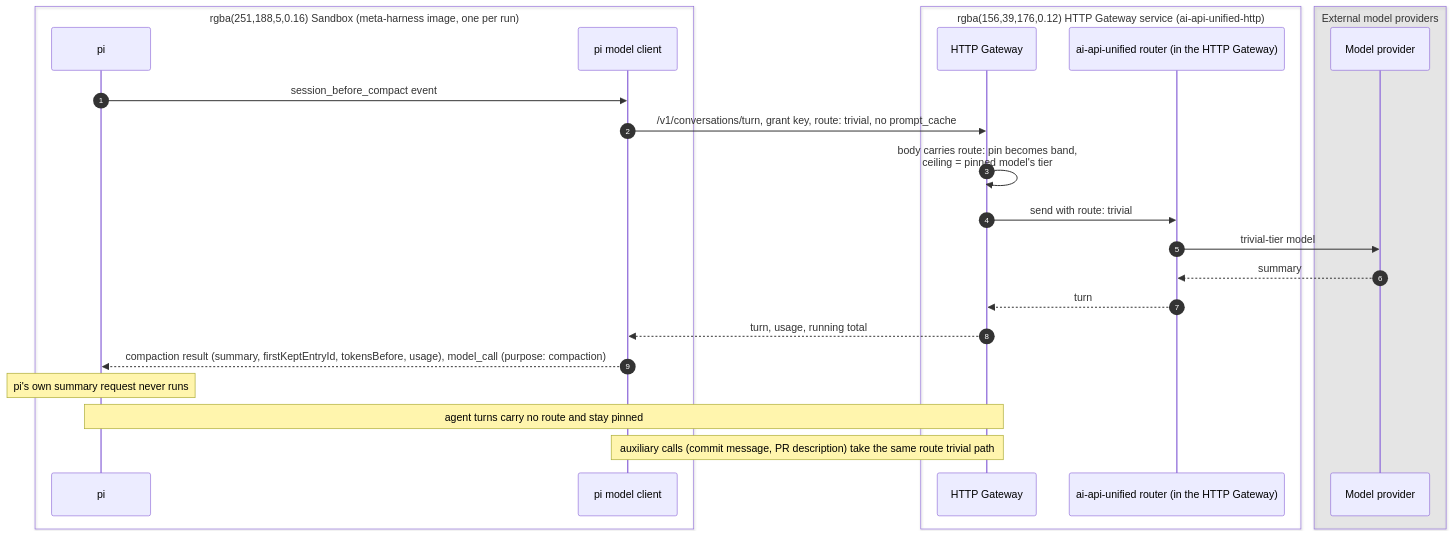
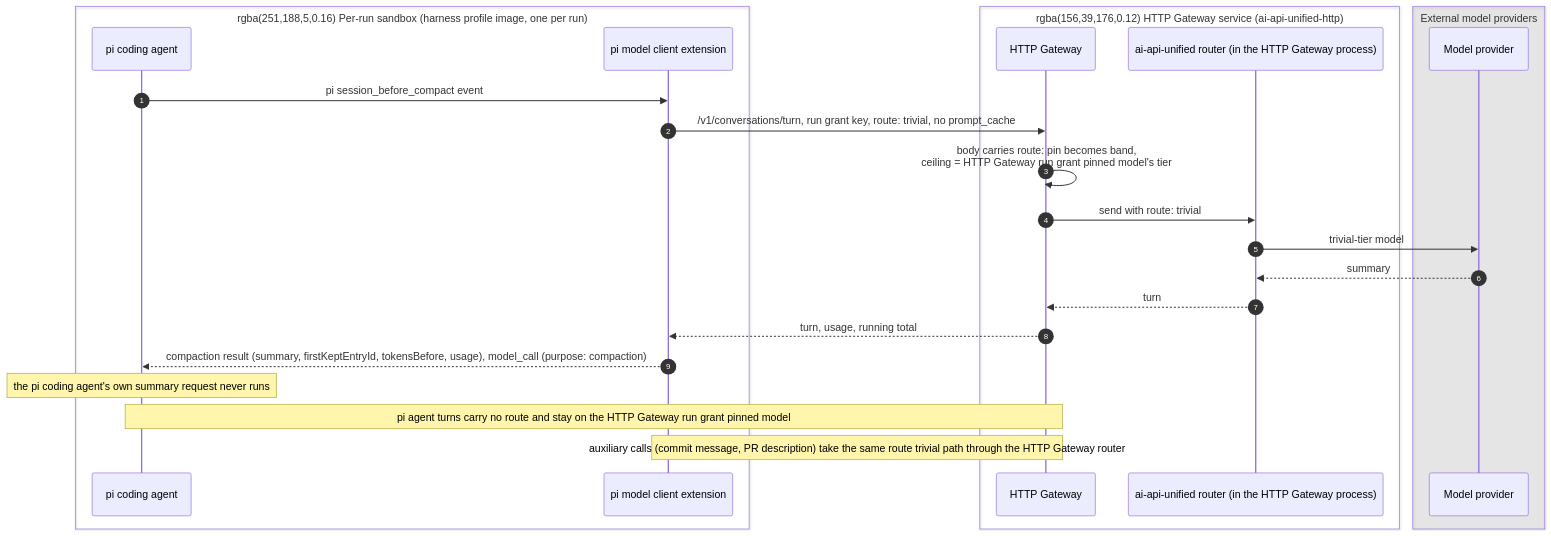
One commit to davecthomas/meta-harness changed the seventh of 12 diagrams in docs/technical-design.md. Above: the diagram before and after it, drawn with Mermaid. The commit also changed other lines of this file, not shown here.

First line of the commit message:
docs/technical-design: label every component, and finish the run-loop rewrite

````diff
--- a/docs/technical-design.md
+++ b/docs/technical-design.md
@@ -1061,28 +1150,28 @@
 ```mermaid
 sequenceDiagram
     autonumber
-    box rgba(251,188,5,0.16) Sandbox (meta-harness image, one per run)
-    participant SB as pi
-    participant X as pi model client
+    box rgba(251,188,5,0.16) Per-run sandbox (harness profile image, one per run)
+    participant SB as pi coding agent
+    participant X as pi model client extension
     end
     box rgba(156,39,176,0.12) HTTP Gateway service (ai-api-unified-http)
     participant GW as HTTP Gateway
-    participant R as ai-api-unified router (in the HTTP Gateway)
+    participant R as ai-api-unified router (in the HTTP Gateway process)
     end
     box rgba(128,128,128,0.14) External model providers
     participant P as Model provider
     end
 
-    SB->>X: session_before_compact event
-    X->>GW: /v1/conversations/turn, grant key, route: trivial, no prompt_cache
-    GW->>GW: body carries route: pin becomes band,<br/>ceiling = pinned model's tier
+    SB->>X: pi session_before_compact event
+    X->>GW: /v1/conversations/turn, run grant key, route: trivial, no prompt_cache
+    GW->>GW: body carries route: pin becomes band,<br/>ceiling = HTTP Gateway run grant pinned model's tier
     GW->>R: send with route: trivial
     R->>P: trivial-tier model
     P-->>R: summary
     R-->>GW: turn
     GW-->>X: turn, usage, running total
     X-->>SB: compaction result (summary, firstKeptEntryId, tokensBefore, usage), model_call (purpose: compaction)
-    Note over SB: pi's own summary request never runs
-    Note over SB,GW: agent turns carry no route and stay pinned
-    Note over X,GW: auxiliary calls (commit message, PR description) take the same route trivial path
+    Note over SB: the pi coding agent's own summary request never runs
+    Note over SB,GW: pi agent turns carry no route and stay on the HTTP Gateway run grant pinned model
+    Note over X,GW: auxiliary calls (commit message, PR description) take the same route trivial path through the HTTP Gateway router
 ```
````
